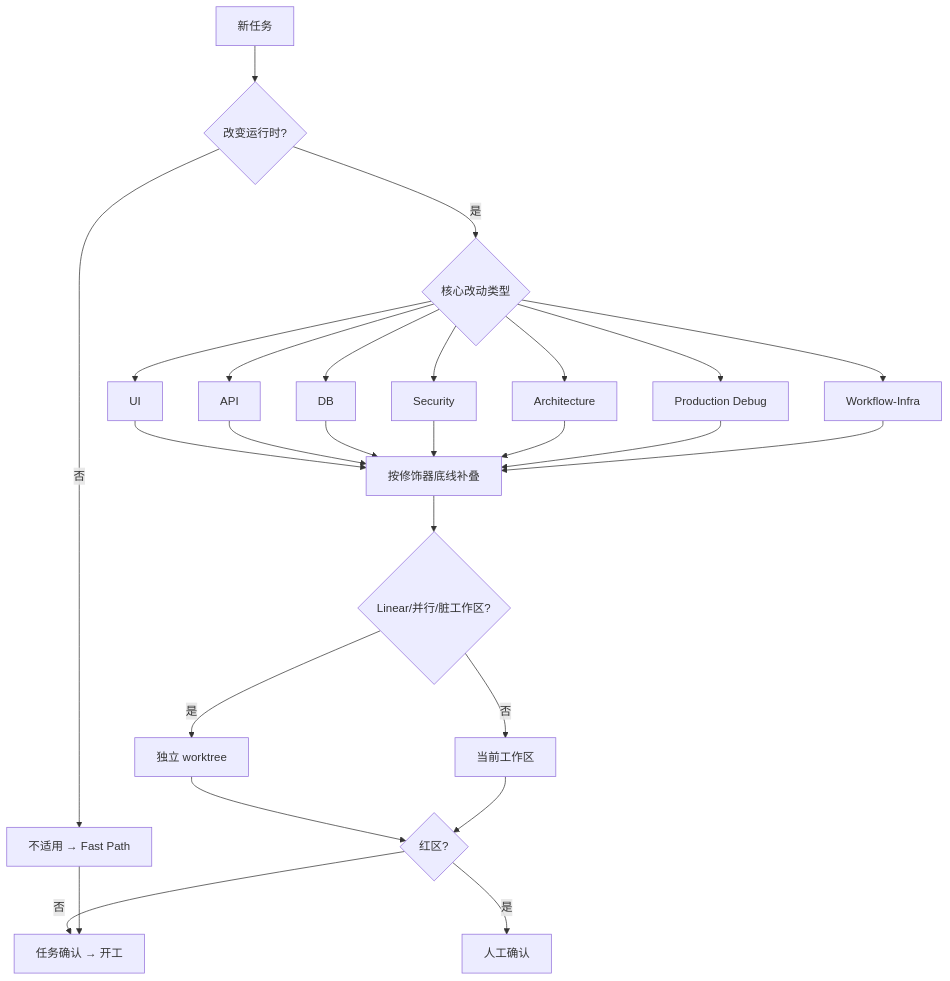
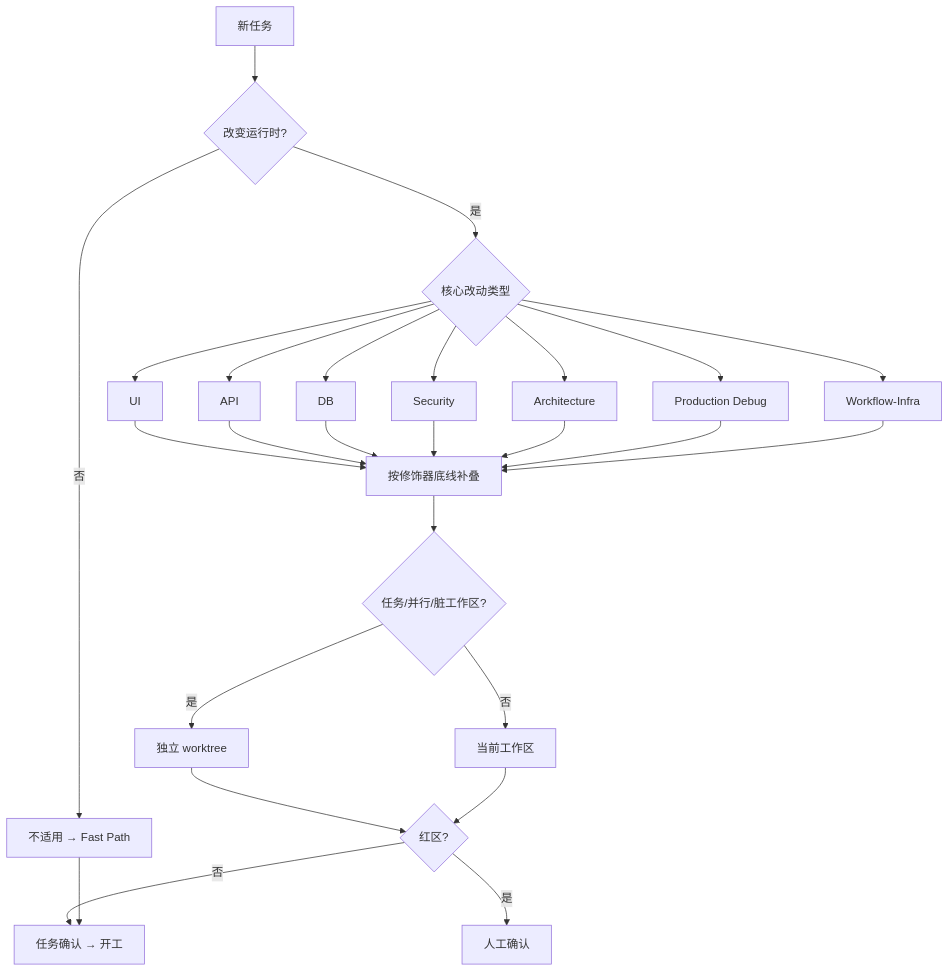
Before and after one commit to shiyuan17/SYBaseProjectWeb: the diagram in docs/rules/DYNAMIC_WORKFLOW_RULES.md, drawn with Mermaid. The commit also changed 27 other files, not shown here.

````diff
--- a/docs/rules/DYNAMIC_WORKFLOW_RULES.md
+++ b/docs/rules/DYNAMIC_WORKFLOW_RULES.md
@@ -43,15 +43,15 @@
 ```mermaid
 flowchart TD
     START[新任务] --> Q1{改变运行时?}
     Q1 -->|否| FAST[不适用 → Fast Path]
     Q1 -->|是| Q2{核心改动类型}
     Q2 --> UI[UI] & API[API] & DB[DB] & SEC[Security] & ARCH[Architecture] & PROD[Production Debug] & INFRA[Workflow-Infra]
     UI & API & DB & SEC & ARCH & PROD & INFRA --> MOD[按修饰器底线补叠]
-    MOD --> Q3{Linear/并行/脏工作区?}
+    MOD --> Q3{任务/并行/脏工作区?}
     Q3 -->|是| WT[独立 worktree]
     Q3 -->|否| MAIN[当前工作区]
     WT & MAIN --> Q4{红区?}
     Q4 -->|是| HUMAN[人工确认]
     Q4 -->|否| GO[任务确认 → 开工]
     FAST --> GO
 ```
````
